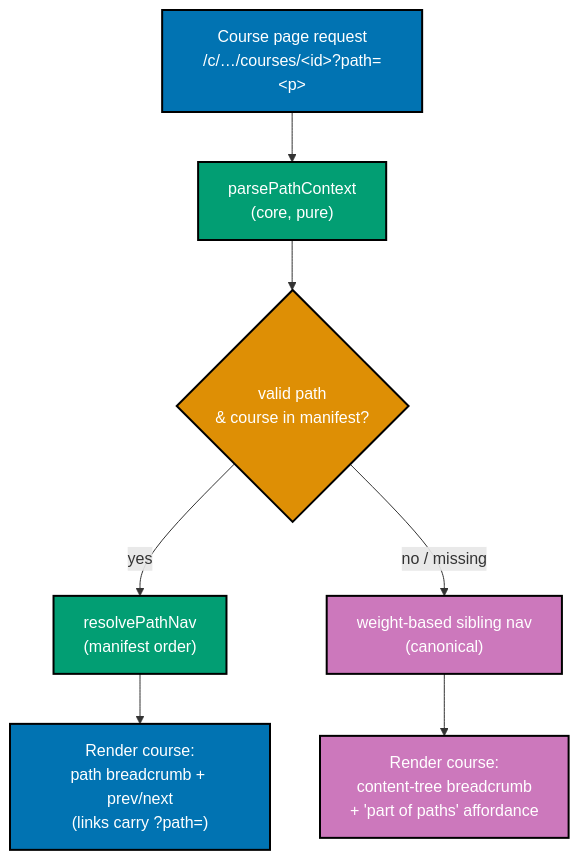
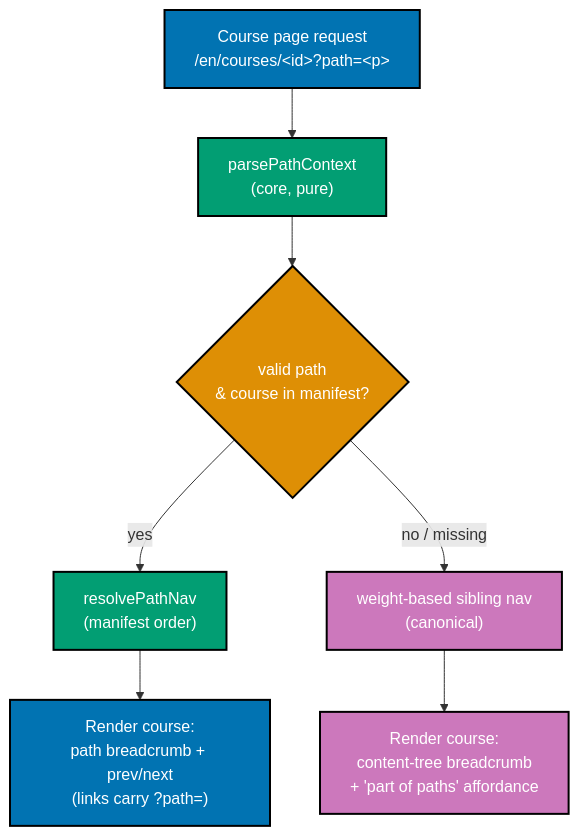
The diagram in plans/backlog/2026-07-18__fundamentally-strong-shared-course-tracks/tech-docs.md (wahidyankf/baseerah), drawn with Mermaid before and after one commit. The commit also changed other lines of this file and 122 other files, not shown here.

First line of the commit message:
docs(plans): restructure shared-course-tracks URLs to /en/courses + /en/path

````diff
--- a/plans/backlog/2026-07-18__fundamentally-strong-shared-course-tracks/tech-docs.md
+++ b/plans/backlog/2026-07-18__fundamentally-strong-shared-course-tracks/tech-docs.md
@@ -205,20 +211,20 @@
 ```mermaid
 %% Color Palette: Blue #0173B2, Orange #DE8F05, Teal #029E73, Purple #CC78BC — WCAG-AA, CB-friendly.
 flowchart TD
-    REQ["Course page request<br/>/c/…/courses/&lt;id&gt;?path=&lt;p&gt;"]:::blue
+    REQ["Course page request<br/>/en/courses/&lt;id&gt;?path=&lt;p&gt;"]:::blue
     CTX["parsePathContext<br/>(core, pure)"]:::teal
     VALID{"valid path<br/>&amp; course in manifest?"}:::orange
     NAVP["resolvePathNav<br/>(manifest order)"]:::teal
     NAVC["weight-based sibling nav<br/>(canonical)"]:::purple
     RENDER["Render course:<br/>path breadcrumb + prev/next<br/>(links carry ?path=)"]:::blue
     RENDERC["Render course:<br/>content-tree breadcrumb<br/>+ 'part of paths' affordance"]:::purple
 
     REQ --> CTX --> VALID
     VALID -->|yes| NAVP --> RENDER
     VALID -->|no / missing| NAVC --> RENDERC
 
     classDef blue fill:#0173B2,stroke:#000,color:#fff,stroke-width:2px
     classDef teal fill:#029E73,stroke:#000,color:#fff,stroke-width:2px
     classDef orange fill:#DE8F05,stroke:#000,color:#fff,stroke-width:2px
     classDef purple fill:#CC78BC,stroke:#000,color:#fff,stroke-width:2px
 ```
````
